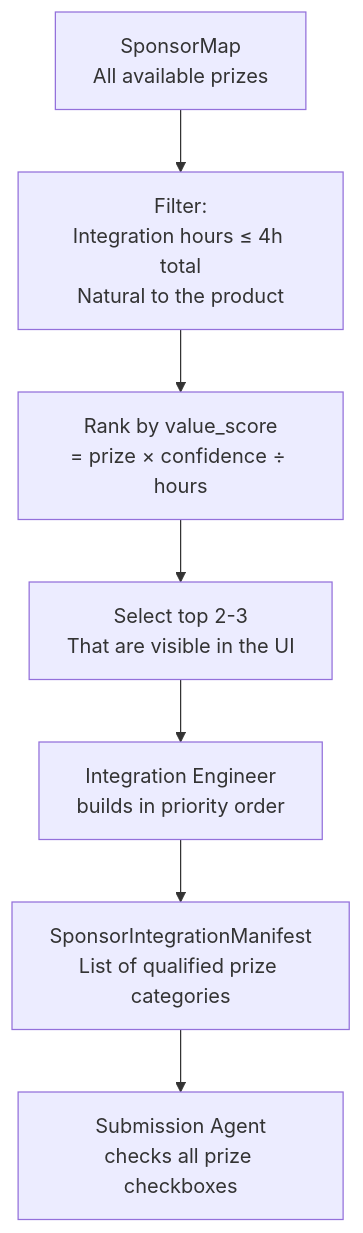
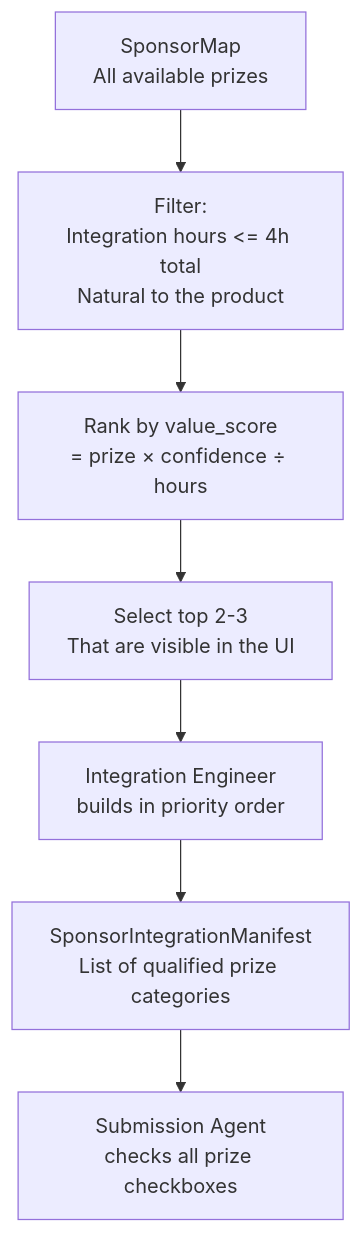
The seventh of 7 diagrams in docs/10-hackathon-intelligence.md (snowby666/forge), drawn with Mermaid before and after one commit. The commit also changed other lines of this file and 7 other files, not shown here.

````diff
--- a/docs/10-hackathon-intelligence.md
+++ b/docs/10-hackathon-intelligence.md
@@ -219,12 +219,12 @@
 ```mermaid
 flowchart TD
     SM["SponsorMap\nAll available prizes"]
-    FILTER["Filter:\nIntegration hours ≤ 4h total\nNatural to the product"]
+    FILTER["Filter:\nIntegration hours <= 4h total\nNatural to the product"]
     RANK["Rank by value_score\n= prize × confidence ÷ hours"]
     SELECT["Select top 2-3\nThat are visible in the UI"]
     BUILD["Integration Engineer\nbuilds in priority order"]
     MANIFEST["SponsorIntegrationManifest\nList of qualified prize categories"]
     SUBMIT["Submission Agent\nchecks all prize checkboxes"]
 
     SM --> FILTER --> RANK --> SELECT --> BUILD --> MANIFEST --> SUBMIT
 ```
````
